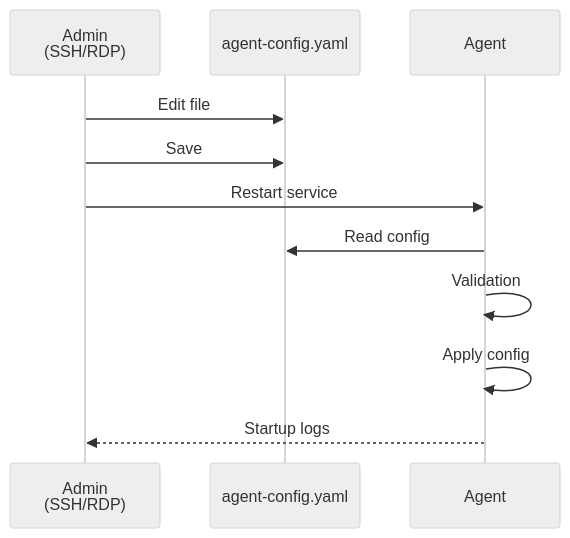
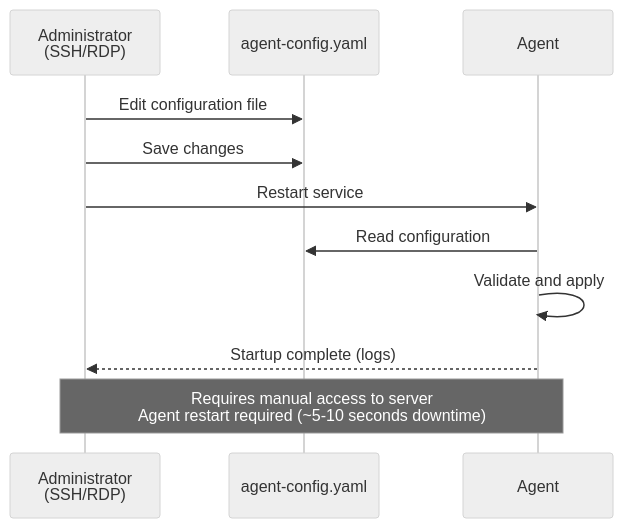
Before and after one commit to senhub-io/senhub-agent: the fifth of 9 diagrams in docs/user-guide/OPERATING-MODES.md, drawn with Mermaid (neutral theme). The commit also changed other lines of this file and 7 other files, not shown here.

````diff
--- a/docs/user-guide/OPERATING-MODES.md
+++ b/docs/user-guide/OPERATING-MODES.md
@@ -440,14 +552,15 @@
 ```mermaid
 sequenceDiagram
-    participant U as Admin<br/>(SSH/RDP)
-    participant F as agent-config.yaml
-    participant A as Agent
+    participant Admin as Administrator<br/>(SSH/RDP)
+    participant File as agent-config.yaml
+    participant Agent as Agent
 
-    U->>F: Edit file
-    U->>F: Save
-    U->>A: Restart service
-    A->>F: Read config
-    A->>A: Validation
-    A->>A: Apply config
-    A-->>U: Startup logs
+    Admin->>File: Edit configuration file
+    Admin->>File: Save changes
+    Admin->>Agent: Restart service
+    Agent->>File: Read configuration
+    Agent->>Agent: Validate and apply
+    Agent-->>Admin: Startup complete (logs)
+
+    Note over Admin,Agent: Requires manual access to server<br/>Agent restart required (~5-10 seconds downtime)
 ```
````
